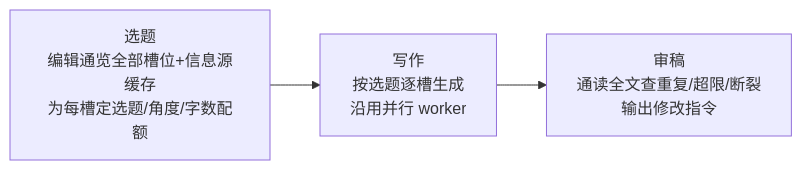
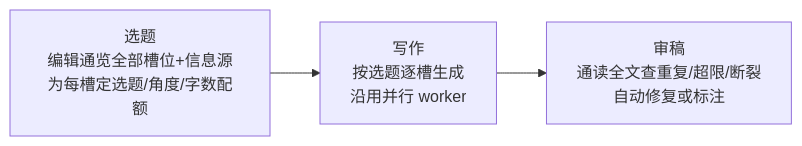
Before and after one commit to mcvwinner/Briefy: the diagram in docs/ROADMAP.md, drawn with Mermaid. The commit also changed other lines of this file and 5 other files, not shown here.

````diff
--- a/docs/ROADMAP.md
+++ b/docs/ROADMAP.md
@@ -36,5 +34,5 @@
 ```mermaid
 flowchart LR
-    A["选题<br>编辑通览全部槽位+信息源缓存<br>为每槽定选题/角度/字数配额"] --> B["写作<br>按选题逐槽生成<br>沿用并行 worker"]
-    B --> C["审稿<br>通读全文查重复/超限/断裂<br>输出修改指令"]
+    A["选题<br>编辑通览全部槽位+信息源<br>为每槽定选题/角度/字数配额"] --> B["写作<br>按选题逐槽生成<br>沿用并行 worker"]
+    B --> C["审稿<br>通读全文查重复/超限/断裂<br>自动修复或标注"]
 ```
````
